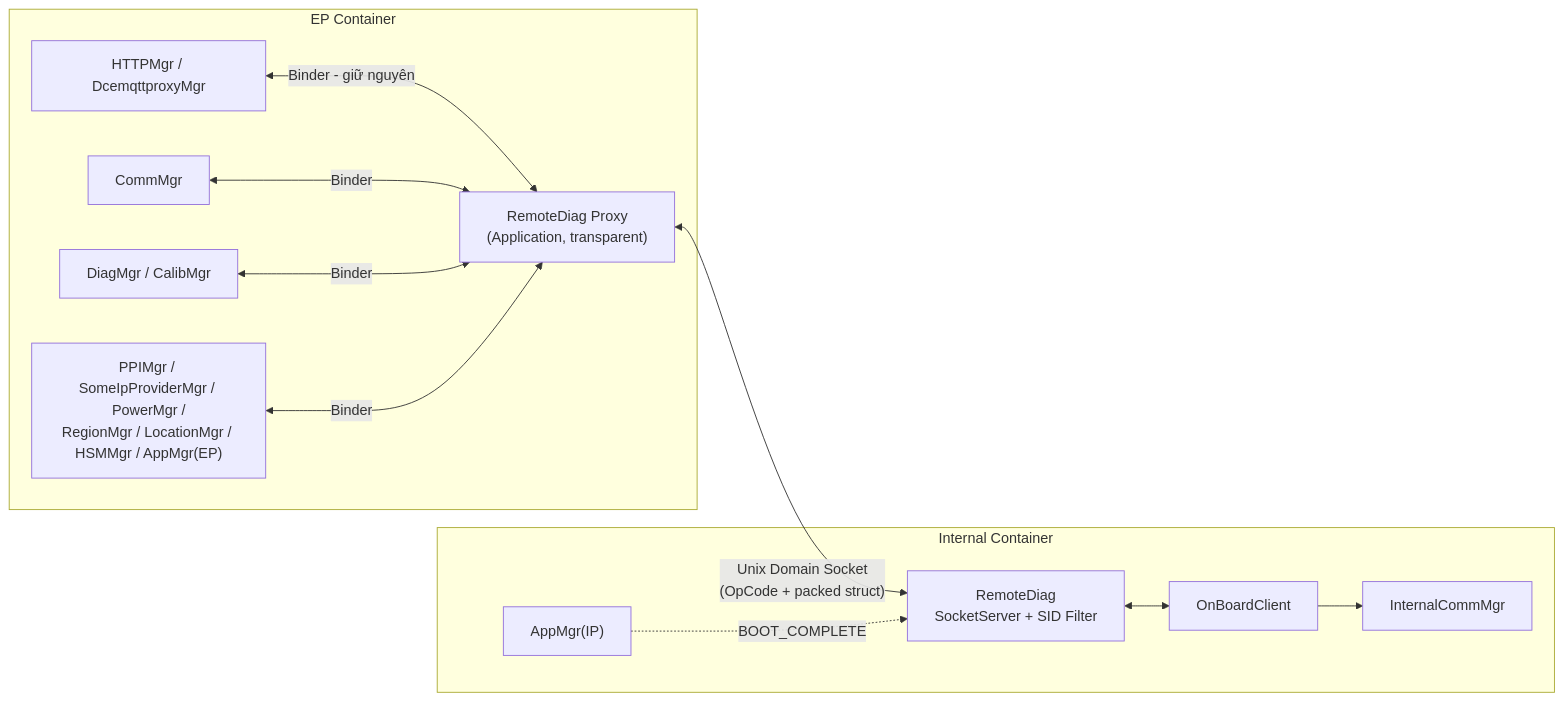
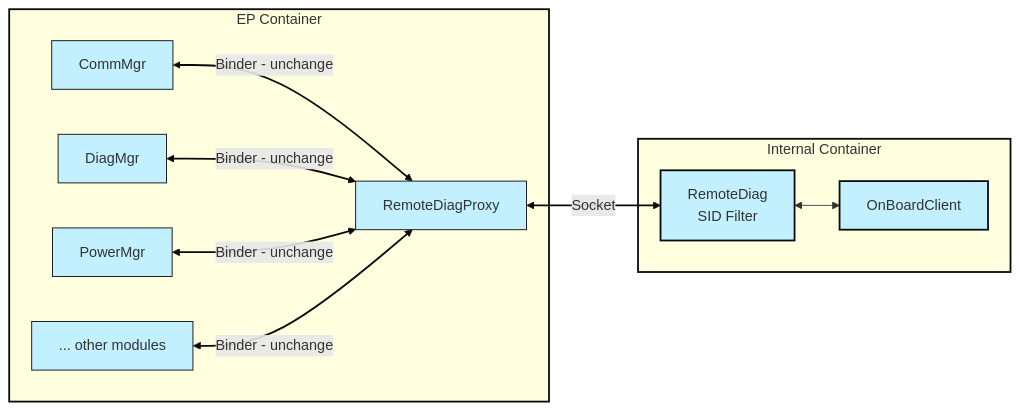
One commit to btqt/fe changed the third of 10 diagrams in tmp_output/RDG_FA_Presentation_20260804.md. Above: the diagram before and after it, drawn with Mermaid. The commit also changed other lines of this file and 4 other files, not shown here.

````diff
--- a/tmp_output/RDG_FA_Presentation_20260804.md
+++ b/tmp_output/RDG_FA_Presentation_20260804.md
@@ -240,24 +243,40 @@
 ```mermaid
 flowchart LR
     subgraph EP["EP Container"]
-        M1[HTTPMgr / DcemqttproxyMgr]
-        M2[CommMgr]
-        M3[DiagMgr / CalibMgr]
-        MN["PPIMgr / SomeIpProviderMgr / PowerMgr /<br/>RegionMgr / LocationMgr / HSMMgr / AppMgr(EP)"]
-        RDP["RemoteDiag Proxy<br/>(Application, transparent)"]
+        M1[CommMgr]
+        M2[DiagMgr]
+        M3[PowerMgr]
+        MN[... other modules]
+        RDP["RemoteDiagProxy"]
     end
     subgraph IP["Internal Container"]
-        RDG["RemoteDiag<br/>SocketServer + SID Filter"]
+        RDG["RemoteDiag<br>SID Filter"]
         OBC[OnBoardClient]
-        ICM[InternalCommMgr]
-        APPI["AppMgr(IP)"]
     end
-    M1 <-->|Binder - giữ nguyên| RDP
-    M2 <-->|Binder| RDP
-    M3 <-->|Binder| RDP
-    MN <-->|Binder| RDP
-    RDP <-->|"Unix Domain Socket<br/>(OpCode + packed struct)"| RDG
+    M1 <-->|Binder - unchange| RDP
+    M2 <-->|Binder - unchange| RDP
+    M3 <-->|Binder - unchange| RDP
+    MN <-->|Binder - unchange| RDP
+    RDP <-->|"Socket"| RDG
     RDG <--> OBC
-    OBC --> ICM
-    APPI -.->|BOOT_COMPLETE| RDG
+
+    %% Node Style
+    style EP fill:#FFFFE0,stroke:#0A0A0A,stroke-width:2px
+    style IP fill:#FFFFE0,stroke:#0A0A0A,stroke-width:2px
+
+    style M1 fill:#C2F0FF,stroke:#0A0A0A
+    style M2 fill:#C2F0FF,stroke:#0A0A0A
+    style M3 fill:#C2F0FF,stroke:#0A0A0A
+    style MN fill:#C2F0FF,stroke:#0A0A0A
+    style RDP fill:#C2F0FF,stroke:#0A0A0A
+
+    style RDG fill:#C2F0FF,stroke:#0A0A0A,stroke-width:2px
+    style OBC fill:#C2F0FF,stroke:#0A0A0A,stroke-width:2px
+
+    %% Link Style
+    linkStyle 0 stroke:#0A0A0A,stroke-width:2px
+    linkStyle 1 stroke:#0A0A0A,stroke-width:2px
+    linkStyle 2 stroke:#0A0A0A,stroke-width:2px
+    linkStyle 3 stroke:#0A0A0A,stroke-width:2px
+    linkStyle 4 stroke:#0A0A0A,stroke-width:2px
 ```
````
